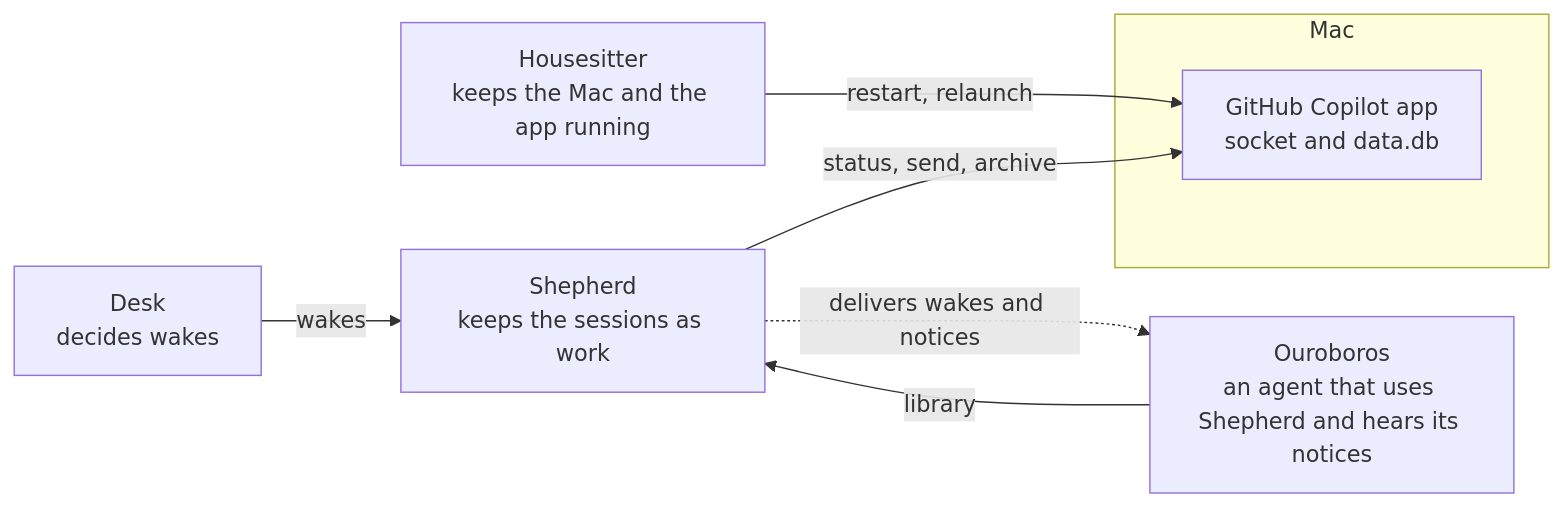
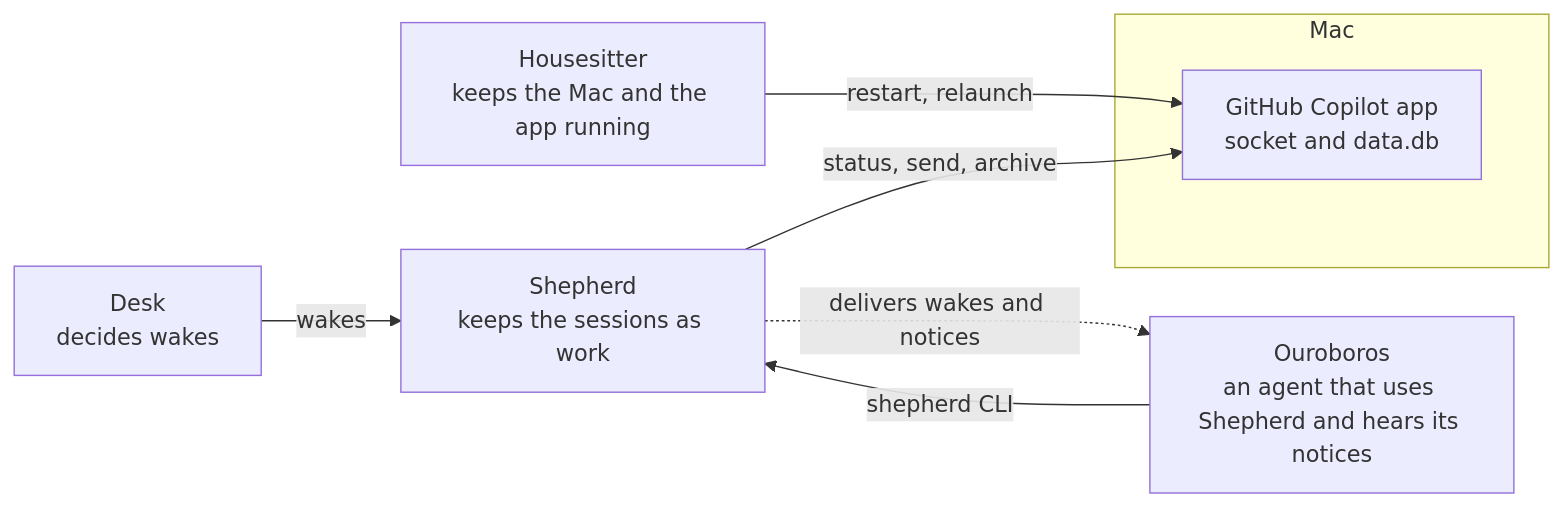
Before and after one commit to ourostack/shepherd: the diagram in README.md, drawn with Mermaid. The commit also changed other lines of this file and 1 other file, not shown here.

Commit message:
Docs: agents call the shepherd CLI, and waiting-prompt notices are here (#17)

````diff
--- a/README.md
+++ b/README.md
@@ -13,11 +13,11 @@
 ```mermaid
 flowchart LR
   subgraph Mac
     App[GitHub Copilot app<br/>socket and data.db]
   end
   HS[Housesitter<br/>keeps the Mac and the app running] -->|restart, relaunch| App
   SH[Shepherd<br/>keeps the sessions as work] -->|status, send, archive| App
-  OU[Ouroboros<br/>an agent that uses Shepherd and hears its notices] -->|library| SH
+  OU[Ouroboros<br/>an agent that uses Shepherd and hears its notices] -->|shepherd CLI| SH
   DK[Desk<br/>decides wakes] -->|wakes| SH
   SH -.->|delivers wakes and notices| OU
 ```
````
